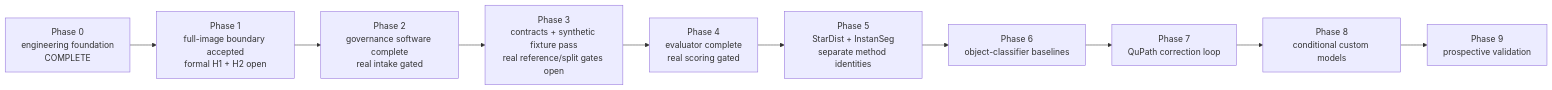
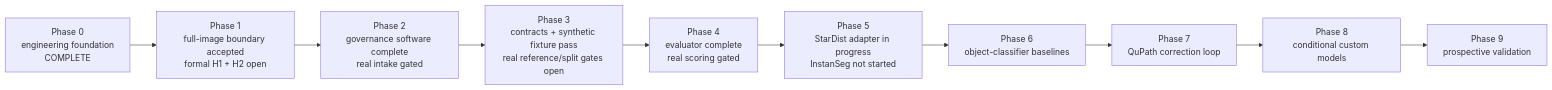
One commit to xorca0711/IFQuant-Platform changed the second of 2 diagrams in README.md. Above: the diagram before and after it, drawn with Mermaid. The commit also changed other lines of this file and 6 other files, not shown here.

````diff
--- a/README.md
+++ b/README.md
@@ -186,15 +186,15 @@
 ```mermaid
 flowchart LR
     P0["Phase 0<br/>engineering foundation<br/>COMPLETE"]
     P1["Phase 1<br/>full-image boundary accepted<br/>formal H1 + H2 open"]
     P2["Phase 2<br/>governance software complete<br/>real intake gated"]
     P3["Phase 3<br/>contracts + synthetic fixture pass<br/>real reference/split gates open"]
     P4["Phase 4<br/>evaluator complete<br/>real scoring gated"]
-    P5["Phase 5<br/>StarDist + InstanSeg<br/>separate method identities"]
+    P5["Phase 5<br/>StarDist adapter in progress<br/>InstanSeg not started"]
     P6["Phase 6<br/>object-classifier baselines"]
     P7["Phase 7<br/>QuPath correction loop"]
     P8["Phase 8<br/>conditional custom models"]
     P9["Phase 9<br/>prospective validation"]
 
     P0 --> P1 --> P2 --> P3 --> P4 --> P5 --> P6 --> P7 --> P8 --> P9
 ```
````
